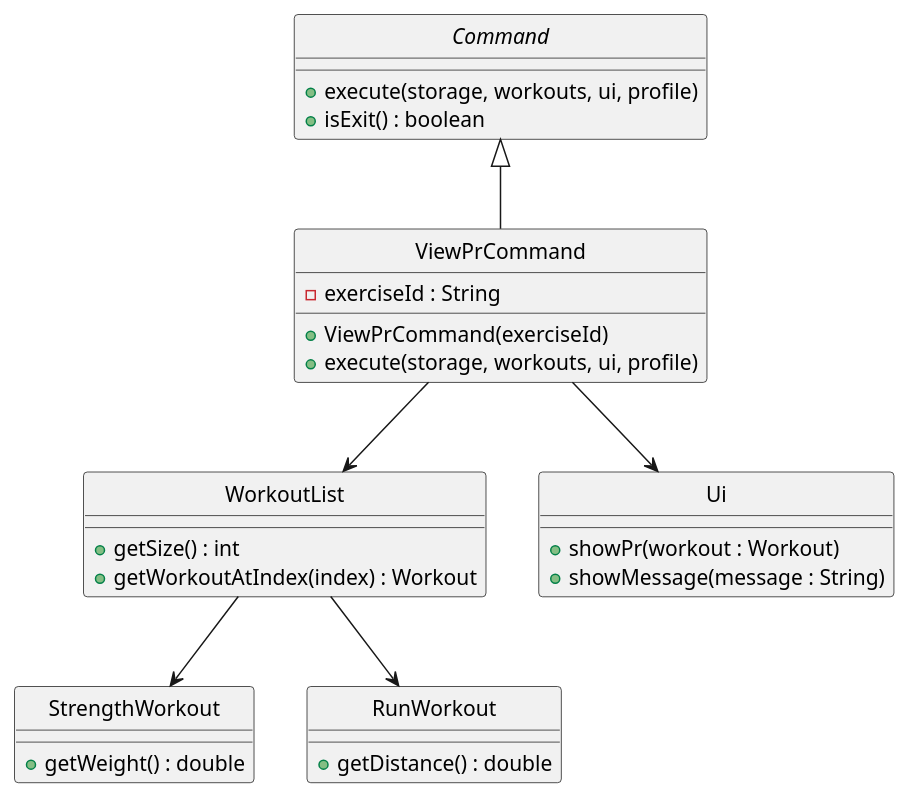
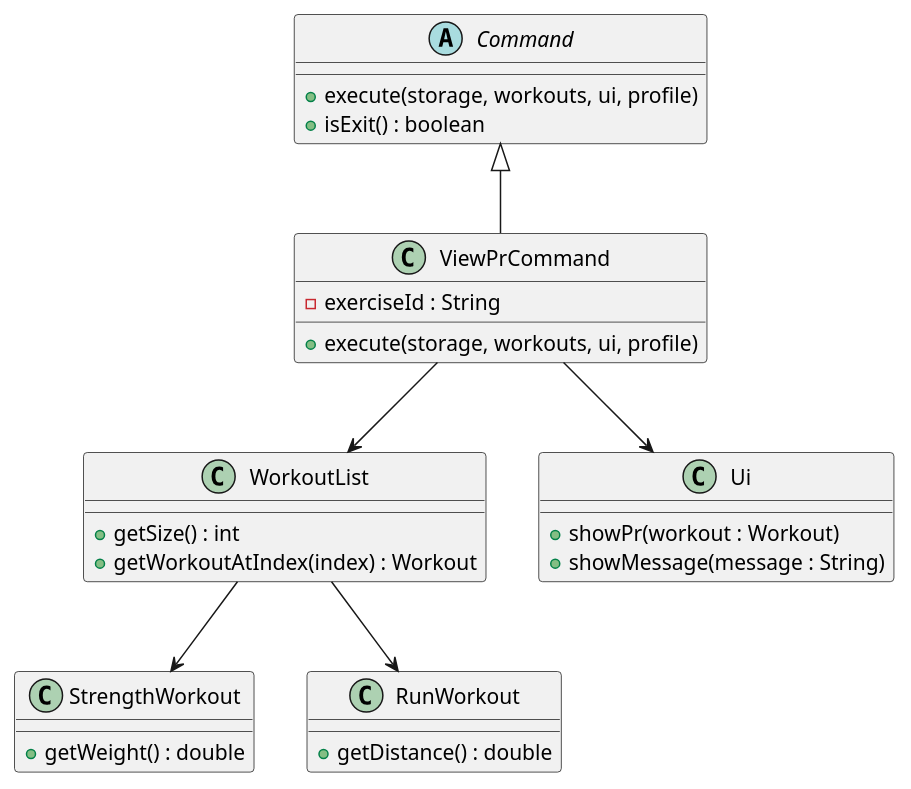
One commit to Daniel-czj/tp changed the diagram in docs/diagrams/ViewPrClassDiagram.puml. Above: the diagram before and after it, drawn with PlantUML. The commit also changed 11 other files, not shown here.

Commit message:
Fix sequence diagram feedback: simplify nesting and fix toFileFormat() caller

```diff
--- a/docs/diagrams/ViewPrClassDiagram.puml
+++ b/docs/diagrams/ViewPrClassDiagram.puml
@@ -1,37 +1,35 @@
 @startuml
-hide circle
 abstract class Command {
     +execute(storage, workouts, ui, profile)
     +isExit() : boolean
 }
 
 class ViewPrCommand {
     -exerciseId : String
-    +ViewPrCommand(exerciseId)
     +execute(storage, workouts, ui, profile)
 }
 
 class WorkoutList {
     +getSize() : int
     +getWorkoutAtIndex(index) : Workout
 }
 
 class StrengthWorkout {
     +getWeight() : double
 }
 
 class RunWorkout {
     +getDistance() : double
 }
 
 class Ui {
     +showPr(workout : Workout)
     +showMessage(message : String)
 }
 
 Command <|-- ViewPrCommand
 ViewPrCommand --> WorkoutList
 ViewPrCommand --> Ui
 WorkoutList --> StrengthWorkout
 WorkoutList --> RunWorkout
 @enduml
```
